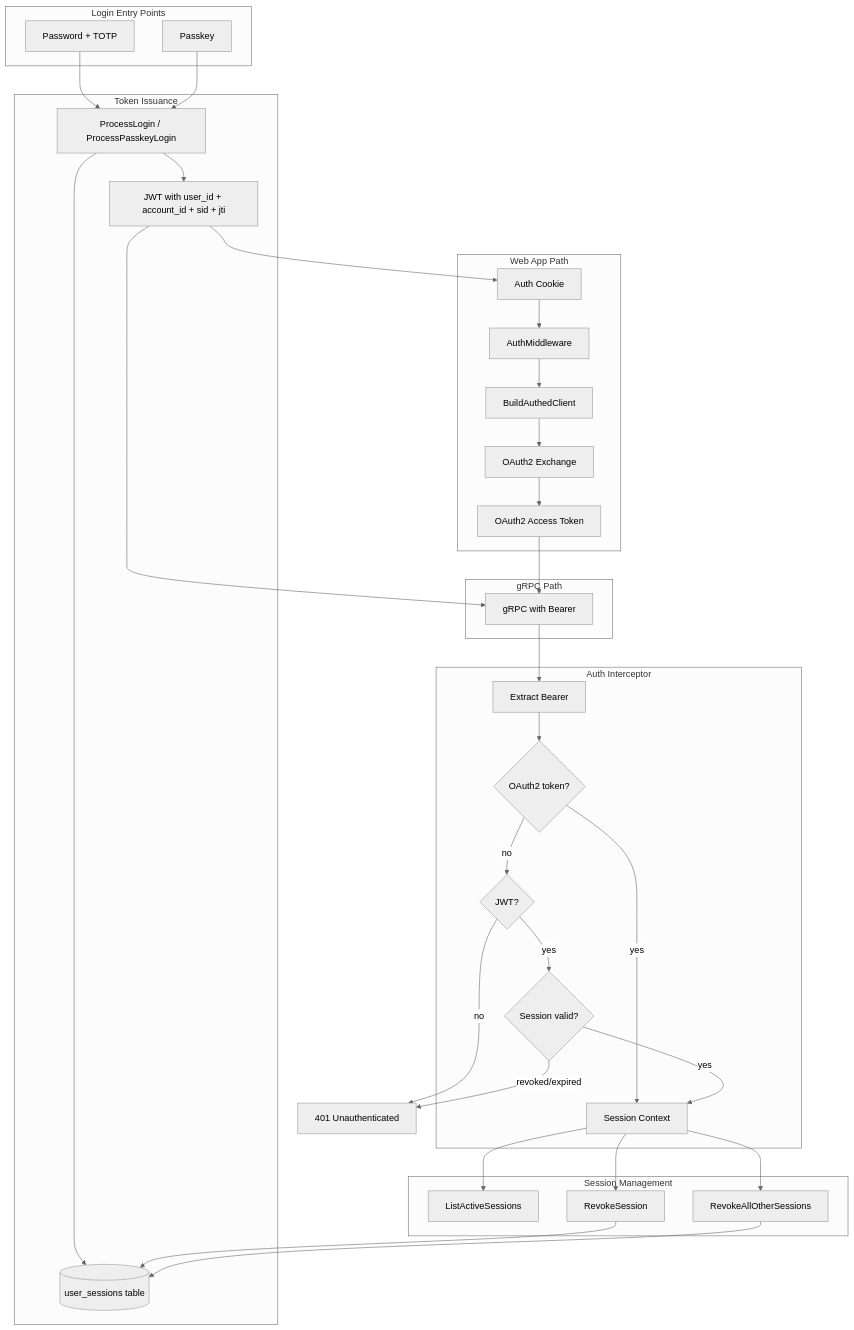
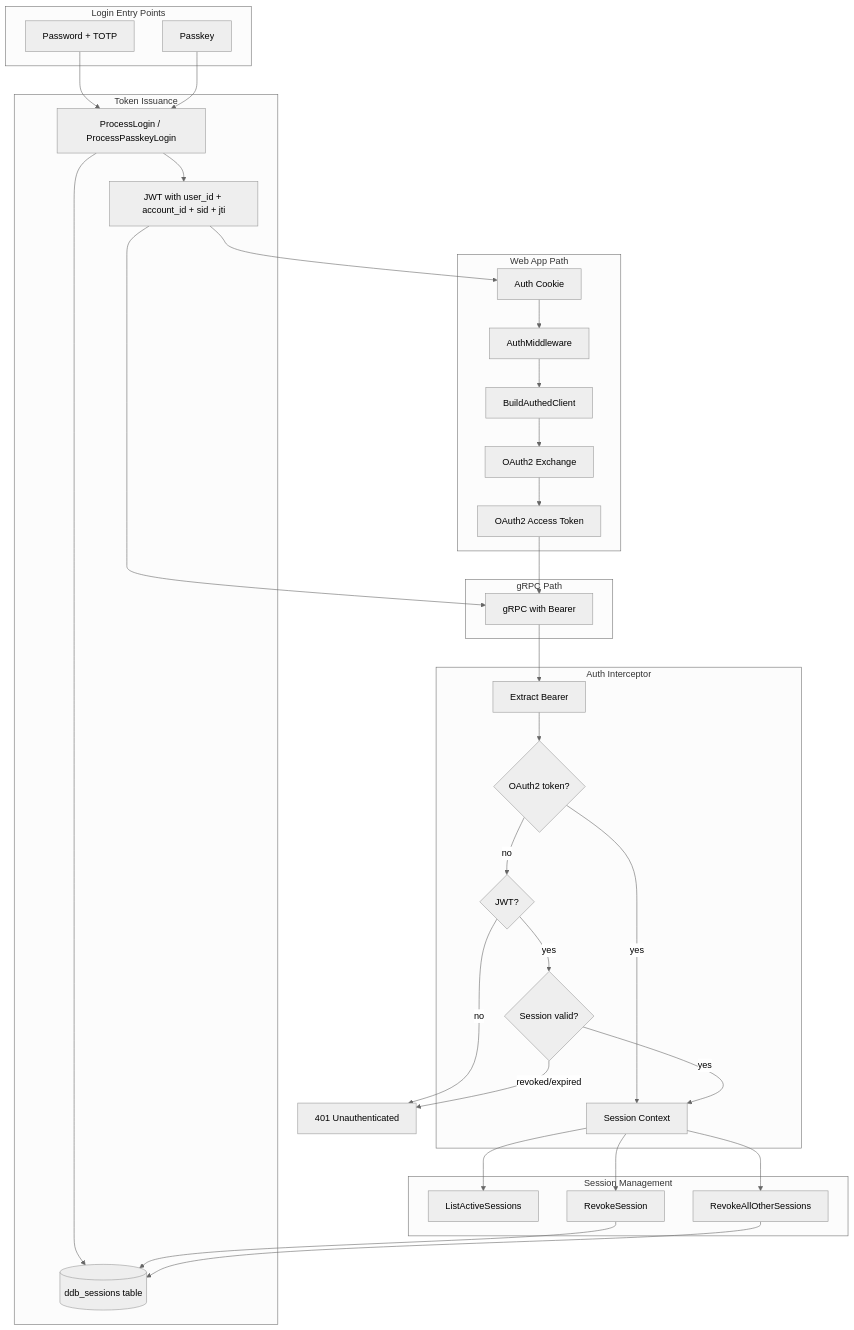
Before and after one commit to primandproper/dinnerdonebetter: the diagram in docs/auth-flow.md, drawn with Mermaid (neutral theme). The commit also changed other lines of this file and 61 other files, not shown here.

Commit message:
Adopt sessions and delete the local user-session store (#1398)

````diff
--- a/docs/auth-flow.md
+++ b/docs/auth-flow.md
@@ -329,67 +373,67 @@
 ```mermaid
 flowchart TB
     subgraph "Login Entry Points"
         PW[Password + TOTP]
         PK[Passkey]
     end
 
     subgraph "Token Issuance"
         PM[ProcessLogin / ProcessPasskeyLogin]
-        SESS[(user_sessions table)]
+        SESS[(ddb_sessions table)]
         JWT[JWT with user_id + account_id + sid + jti]
     end
 
     PW --> PM
     PK --> PM
 
     PM --> SESS
     PM --> JWT
 
     subgraph "Web App Path"
         Cookie[Auth Cookie]
         MW[AuthMiddleware]
         BC[BuildAuthedClient]
         OAuth2[OAuth2 Exchange]
         OAT[OAuth2 Access Token]
     end
 
     JWT --> Cookie
     Cookie --> MW
     MW --> BC
     BC --> OAuth2
     OAuth2 --> OAT
 
     subgraph "gRPC Path"
         OAT --> gRPC[gRPC with Bearer]
         JWT --> gRPC
     end
 
     subgraph "Auth Interceptor"
         AI[Extract Bearer]
         O2Check{OAuth2 token?}
         JWTCheck{JWT?}
         SessCheck{Session valid?}
         SC[Session Context]
     end
 
     gRPC --> AI
     AI --> O2Check
     O2Check -->|yes| SC
     O2Check -->|no| JWTCheck
     JWTCheck -->|yes| SessCheck
     JWTCheck -->|no| Err[401 Unauthenticated]
     SessCheck -->|yes| SC
     SessCheck -->|revoked/expired| Err
 
     subgraph "Session Management"
         LS[ListActiveSessions]
         RS[RevokeSession]
         RA[RevokeAllOtherSessions]
     end
 
     SC --> LS
     SC --> RS
     SC --> RA
     RS --> SESS
     RA --> SESS
 ```
````
